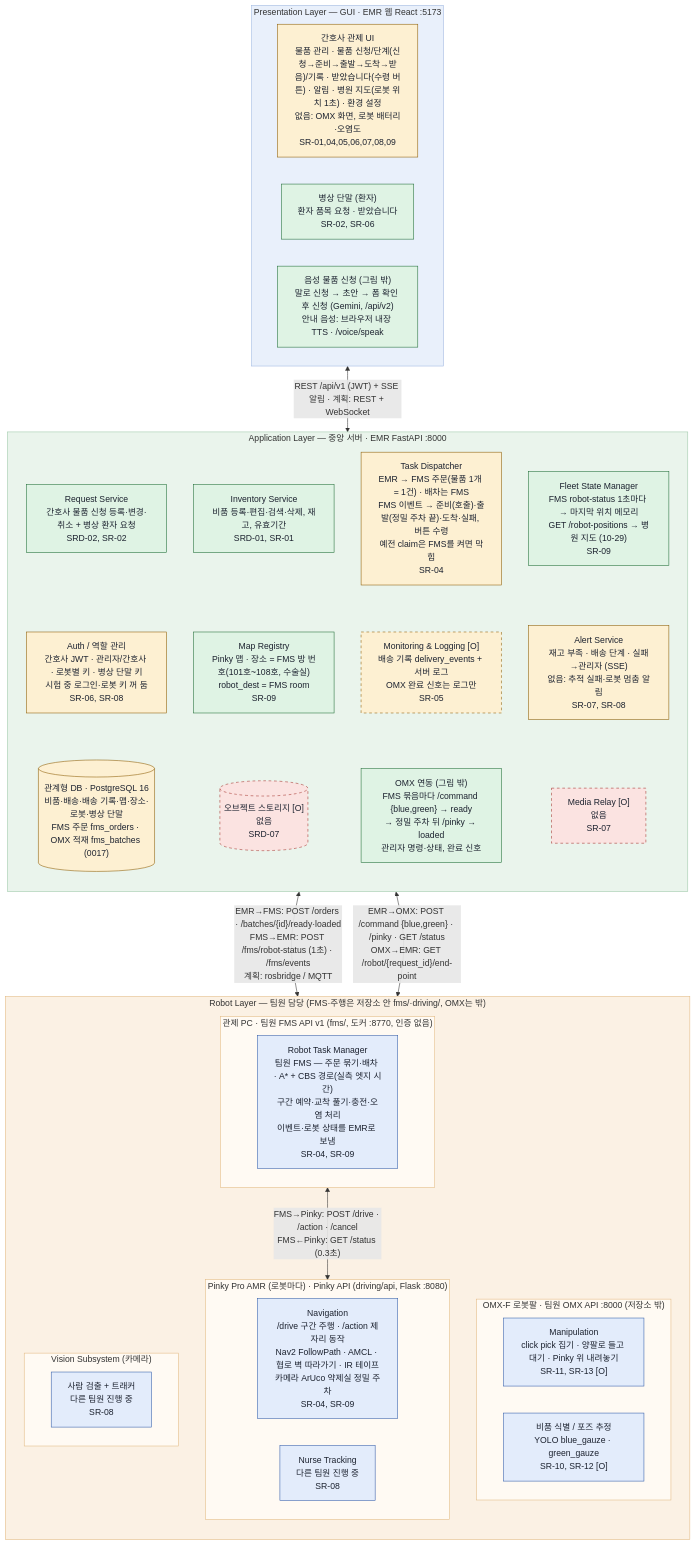
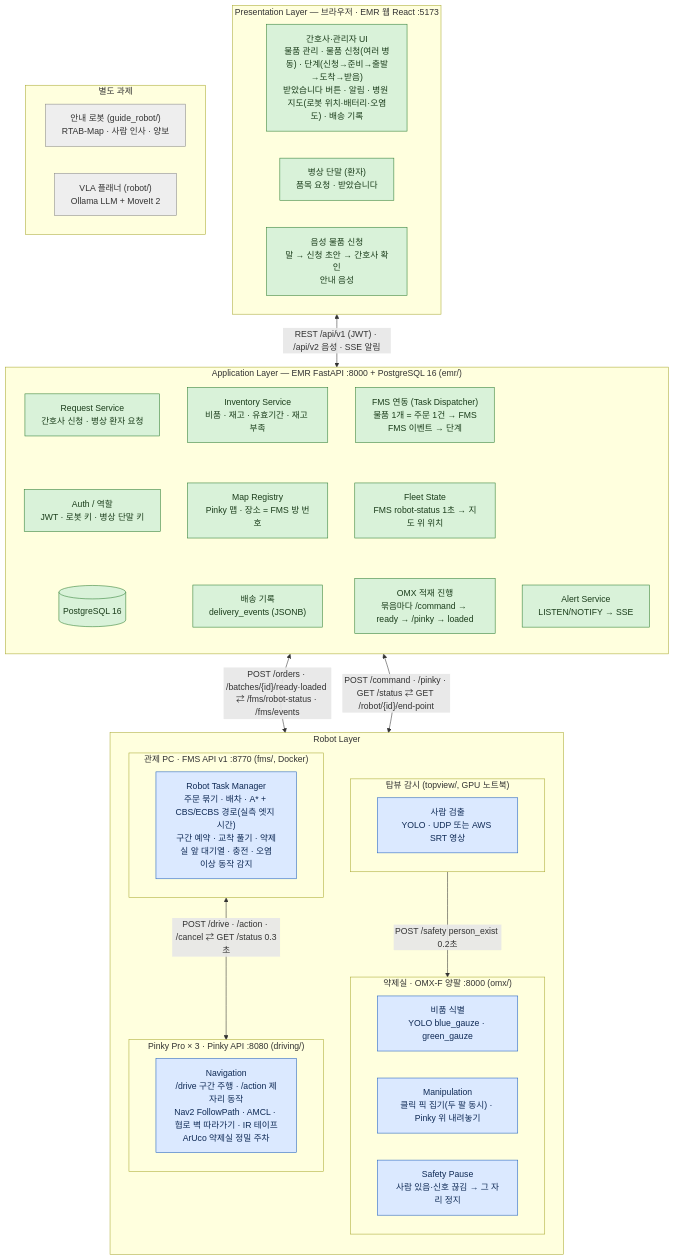
Before and after one commit to kernel-robot-9th/kernel-robot-repo-2: the diagram in docs/architecture/sw_3layer.mmd, drawn with Mermaid. The commit also changed 8 other files, not shown here.

```diff
--- a/docs/architecture/sw_3layer.mmd
+++ b/docs/architecture/sw_3layer.mmd
@@ -1,78 +1,66 @@
 flowchart TB
-  %% 병원 배송 로봇 SW 3계층 구조 — 지금 구현 기준 (2026-10-29, calibration 브랜치 bf3f112 — 팀원 fms·driving 병합. 10-30 Vision 정리)
-  %% EMR = 상위 관제: 바깥 연결은 팀원 FMS·팀원 OMX 둘뿐 (Pinky에 직접 붙지 않음)
-  %% Robot Layer: FMS(fms/, 관제 PC) → Pinky API(driving/api, 로봇 위) → ROS 2 Nav2. OMX만 저장소 밖
-  %% draw.io: Arrange > Insert > Advanced > Mermaid 에 붙여 넣기
-  %% 색: 초록=구현 / 노랑=일부·다르게 / 빨강=없음 / 파랑=팀원 담당(FMS·주행은 저장소 안 fms/·driving/, OMX는 밖), 점선 테두리=Priority O(옵션)
-  %% 뺀 것: 비상 조작 콘솔, Safety Monitor, 응급 상황 감지(10-30 — 그래서 Vision은 RealSense가 아니라 카메라)
-  %% 수령은 '받았습니다' 버튼(10-30 결정) — ArUco 마커 인증 블록은 뺌
+  %% 병원 배송 로봇 SW 3계층 구조 — 최종판 (main 통합본, 2026-11-16)
+  %% draw.io: Arrange > Insert > Advanced > Mermaid 에 붙여 넣기 / 또는 mermaid.live 에서 PNG 내보내기
+  %% 색: 초록 = EMR(웹 팀) / 파랑 = 로봇 팀(FMS·주행·OMX·topview) / 회색 = 별도 과제
+  %% 10-29판(구현 상태 색 구분)은 docs/history/sw_3layer_2026-10-29.mmd
 
-  subgraph P["Presentation Layer — GUI · EMR 웹 React :5173"]
+  subgraph P["Presentation Layer — 브라우저 · EMR 웹 React :5173"]
     direction LR
-    UI["간호사 관제 UI<br/>물품 관리 · 물품 신청/단계(신청→준비→출발→도착→받음)/기록 · 받았습니다(수령 버튼) · 알림 · 병원 지도(로봇 위치 1초) · 환경 설정<br/>없음: OMX 화면, 로봇 배터리·오염도<br/>SR-01,04,05,06,07,08,09"]:::part
-    BED["병상 단말 (환자)<br/>환자 품목 요청 · 받았습니다<br/>SR-02, SR-06"]:::ok
-    VOI["음성 물품 신청 (그림 밖)<br/>말로 신청 → 초안 → 폼 확인 후 신청 (Gemini, /api/v2)<br/>안내 음성: 브라우저 내장 TTS · /voice/speak"]:::ok
+    UI["간호사·관리자 UI<br/>물품 관리 · 물품 신청(여러 병동) · 단계(신청→준비→출발→도착→받음)<br/>받았습니다 버튼 · 알림 · 병원 지도(로봇 위치·배터리·오염도) · 배송 기록"]:::emr
+    BED["병상 단말 (환자)<br/>품목 요청 · 받았습니다"]:::emr
+    VOI["음성 물품 신청<br/>말 → 신청 초안 → 간호사 확인<br/>안내 음성"]:::emr
   end
 
-  subgraph A["Application Layer — 중앙 서버 · EMR FastAPI :8000"]
+  subgraph A["Application Layer — EMR FastAPI :8000 + PostgreSQL 16 (emr/)"]
     direction TB
-    REQ["Request Service<br/>간호사 물품 신청 등록·변경·취소 + 병상 환자 요청<br/>SRD-02, SR-02"]:::ok
-    INV["Inventory Service<br/>비품 등록·편집·검색·삭제, 재고, 유효기간<br/>SRD-01, SR-01"]:::ok
-    DSP["Task Dispatcher<br/>EMR → FMS 주문(물품 1개 = 1건) · 배차는 FMS<br/>FMS 이벤트 → 준비(호출)·출발(정밀 주차 끝)·도착·실패, 버튼 수령<br/>예전 claim은 FMS를 켜면 막힘<br/>SR-04"]:::part
-    FLT["Fleet State Manager<br/>FMS robot-status 1초마다 → 마지막 위치 메모리<br/>GET /robot-positions → 병원 지도 (10-29)<br/>SR-09"]:::ok
-    ALT["Alert Service<br/>재고 부족 · 배송 단계 · 실패→관리자 (SSE)<br/>없음: 추적 실패·로봇 멈춤 알림<br/>SR-07, SR-08"]:::part
-    AUTH["Auth / 역할 관리<br/>간호사 JWT · 관리자/간호사 · 로봇별 키 · 병상 단말 키<br/>시험 중 로그인·로봇 키 꺼 둠<br/>SR-06, SR-08"]:::part
-    LOG["Monitoring & Logging [O]<br/>배송 기록 delivery_events + 서버 로그<br/>OMX 완료 신호는 로그만<br/>SR-05"]:::partopt
-    MED["Media Relay [O]<br/>없음<br/>SR-07"]:::noneopt
-    MAP["Map Registry<br/>Pinky 맵 · 장소 = FMS 방 번호(101호~108호, 수술실)<br/>robot_dest = FMS room<br/>SR-09"]:::ok
-    OMXC["OMX 연동 (그림 밖)<br/>FMS 묶음마다 /command {blue,green} → ready<br/>→ 정밀 주차 뒤 /pinky → loaded<br/>관리자 명령·상태, 완료 신호"]:::ok
-    DB[("관계형 DB · PostgreSQL 16<br/>비품·배송·배송 기록·맵·장소·로봇·병상 단말<br/>FMS 주문 fms_orders · OMX 적재 fms_batches (0017)")]:::part
-    OBJ[("오브젝트 스토리지 [O]<br/>없음<br/>SRD-07")]:::noneopt
-    %% 보이지 않는 연결로 4열 배치 (서비스 → 횡단 기능 → 저장소)
+    REQ["Request Service<br/>간호사 신청 · 병상 환자 요청"]:::emr
+    INV["Inventory Service<br/>비품 · 재고 · 유효기간 · 재고 부족"]:::emr
+    DSP["FMS 연동 (Task Dispatcher)<br/>물품 1개 = 주문 1건 → FMS<br/>FMS 이벤트 → 단계"]:::emr
+    FLT["Fleet State<br/>FMS robot-status 1초 → 지도 위 위치"]:::emr
+    OMXC["OMX 적재 진행<br/>묶음마다 /command → ready → /pinky → loaded"]:::emr
+    ALT["Alert Service<br/>LISTEN/NOTIFY → SSE"]:::emr
+    AUTH["Auth / 역할<br/>JWT · 로봇 키 · 병상 단말 키"]:::emr
+    LOG["배송 기록<br/>delivery_events (JSONB)"]:::emr
+    MAP["Map Registry<br/>Pinky 맵 · 장소 = FMS 방 번호"]:::emr
+    DB[("PostgreSQL 16")]:::emr
     REQ ~~~ AUTH ~~~ DB
-    INV ~~~ MAP ~~~ OBJ
-    DSP ~~~ LOG ~~~ OMXC
-    FLT ~~~ ALT ~~~ MED
+    INV ~~~ MAP ~~~ LOG
+    DSP ~~~ FLT ~~~ OMXC
   end
 
-  subgraph R["Robot Layer — 팀원 담당 (FMS·주행은 저장소 안 fms/·driving/, OMX는 밖)"]
+  subgraph R["Robot Layer"]
     direction TB
-    subgraph RF["관제 PC · 팀원 FMS API v1 (fms/, 도커 :8770, 인증 없음)"]
+    subgraph RF["관제 PC · FMS API v1 :8770 (fms/, Docker)"]
       direction LR
-      RTM["Robot Task Manager<br/>팀원 FMS — 주문 묶기·배차 · A* + CBS 경로(실측 엣지 시간)<br/>구간 예약·교착 풀기·충전·오염 처리<br/>이벤트·로봇 상태를 EMR로 보냄<br/>SR-04, SR-09"]:::team
+      RTM["Robot Task Manager<br/>주문 묶기 · 배차 · A* + CBS/ECBS 경로(실측 엣지 시간)<br/>구간 예약 · 교착 풀기 · 약제실 앞 대기열 · 충전 · 오염<br/>이상 동작 감지"]:::robot
     end
-    subgraph RP["Pinky Pro AMR (로봇마다) · Pinky API (driving/api, Flask :8080)"]
+    subgraph RP["Pinky Pro × 3 · Pinky API :8080 (driving/)"]
       direction LR
-      NAV["Navigation<br/>/drive 구간 주행 · /action 제자리 동작<br/>Nav2 FollowPath · AMCL · 협로 벽 따라가기 · IR 테이프<br/>카메라 ArUco 약제실 정밀 주차<br/>SR-04, SR-09"]:::team
-      TRK["Nurse Tracking<br/>다른 팀원 진행 중<br/>SR-08"]:::team
+      NAV["Navigation<br/>/drive 구간 주행 · /action 제자리 동작<br/>Nav2 FollowPath · AMCL · 협로 벽 따라가기 · IR 테이프<br/>ArUco 약제실 정밀 주차"]:::robot
     end
-    subgraph RO["OMX-F 로봇팔 · 팀원 OMX API :8000 (저장소 밖)"]
+    subgraph RO["약제실 · OMX-F 양팔 :8000 (omx/)"]
       direction LR
-      MAN["Manipulation<br/>click pick 집기 · 양팔로 들고 대기 · Pinky 위 내려놓기<br/>SR-11, SR-13 [O]"]:::team
-      VID["비품 식별 / 포즈 추정<br/>YOLO blue_gauze · green_gauze<br/>SR-10, SR-12 [O]"]:::team
+      VID["비품 식별<br/>YOLO blue_gauze · green_gauze"]:::robot
+      MAN["Manipulation<br/>클릭 픽 집기(두 팔 동시) · Pinky 위 내려놓기"]:::robot
+      SAF["Safety Pause<br/>사람 있음·신호 끊김 → 그 자리 정지"]:::robot
     end
-    subgraph V["Vision Subsystem (카메라)"]
-      direction LR
-      PER["사람 검출 + 트래커<br/>다른 팀원 진행 중<br/>SR-08"]:::team
+    subgraph TV["탑뷰 감시 (topview/, GPU 노트북)"]
+      PER["사람 검출<br/>YOLO · UDP 또는 AWS SRT 영상"]:::robot
     end
   end
 
-  P <-->|"REST /api/v1 (JWT) + SSE 알림 · 계획: REST + WebSocket"| A
-  A <-->|"EMR→FMS: POST /orders · /batches/{id}/ready·loaded<br/>FMS→EMR: POST /fms/robot-status (1초) · /fms/events<br/>계획: rosbridge / MQTT"| RF
-  RF <-->|"FMS→Pinky: POST /drive · /action · /cancel<br/>FMS←Pinky: GET /status (0.3초)"| RP
-  A <-->|"EMR→OMX: POST /command {blue,green} · /pinky · GET /status<br/>OMX→EMR: GET /robot/{request_id}/end-point"| RO
+  subgraph X["별도 과제"]
+    direction LR
+    GD["안내 로봇 (guide_robot/)<br/>RTAB-Map · 사람 인사 · 양보"]:::side
+    VLA["VLA 플래너 (robot/)<br/>Ollama LLM + MoveIt 2"]:::side
+  end
 
-  classDef ok fill:#dff3e4,stroke:#1d6b34,color:#1d2330
-  classDef part fill:#fdf0d2,stroke:#8a5a00,color:#1d2330
-  classDef none fill:#fbe3e1,stroke:#a3302a,color:#1d2330
-  classDef team fill:#e3ecfb,stroke:#2f5aa8,color:#1d2330
-  classDef partopt fill:#fdf0d2,stroke:#8a5a00,color:#1d2330,stroke-dasharray:5 5
-  classDef noneopt fill:#fbe3e1,stroke:#a3302a,color:#1d2330,stroke-dasharray:5 5
+  P <-->|"REST /api/v1 (JWT) · /api/v2 음성 · SSE 알림"| A
+  A <-->|"POST /orders · /batches/{id}/ready·loaded ⇄ /fms/robot-status · /fms/events"| RF
+  RF <-->|"POST /drive · /action · /cancel ⇄ GET /status 0.3초"| RP
+  A <-->|"POST /command · /pinky · GET /status ⇄ GET /robot/{id}/end-point"| RO
+  TV -->|"POST /safety person_exist 0.2초"| RO
 
-  style P fill:#e9f0fb,stroke:#9db6e0
-  style A fill:#eaf4ec,stroke:#9cc7a6
-  style R fill:#fbf1e4,stroke:#e2b980
-  style RF fill:#fffaf3,stroke:#e2b980
-  style RP fill:#fffaf3,stroke:#e2b980
-  style RO fill:#fffaf3,stroke:#e2b980
-  style V fill:#fffaf3,stroke:#e2b980
+  classDef emr fill:#d9f2d9,stroke:#2e7d32,color:#1b3d1b
+  classDef robot fill:#dbe9ff,stroke:#1f5fbf,color:#0f2a55
+  classDef side fill:#eeeeee,stroke:#888888,color:#333333
```
